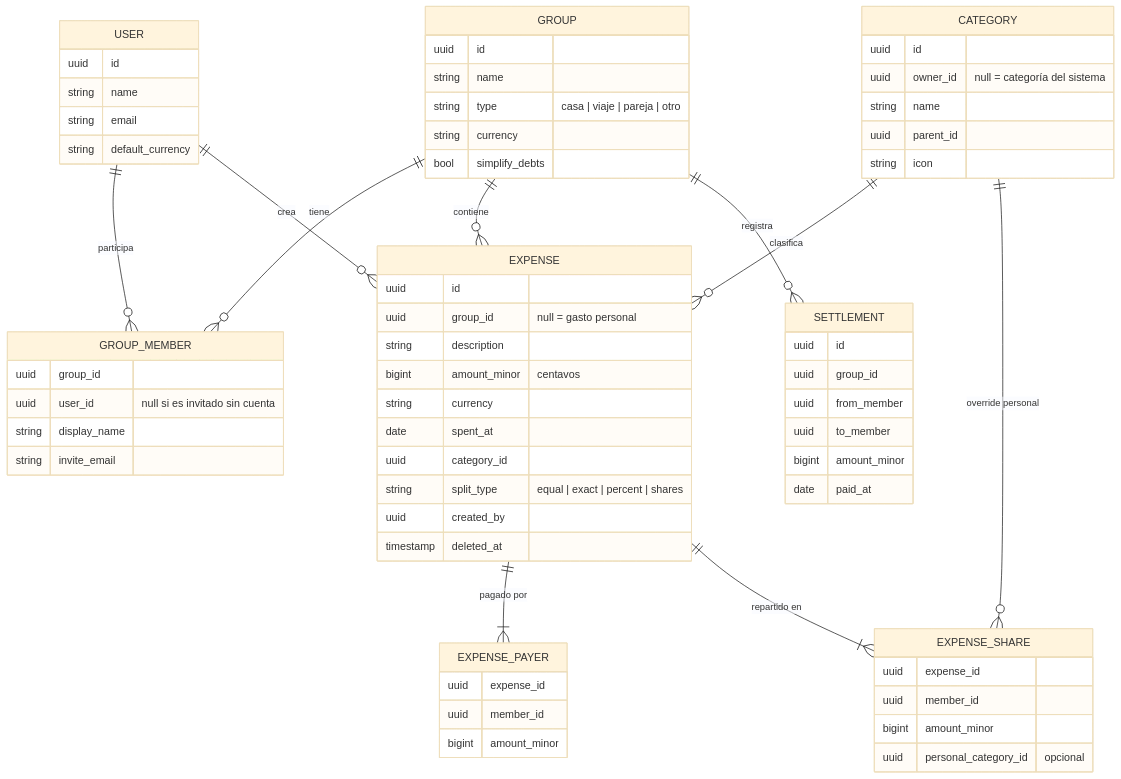
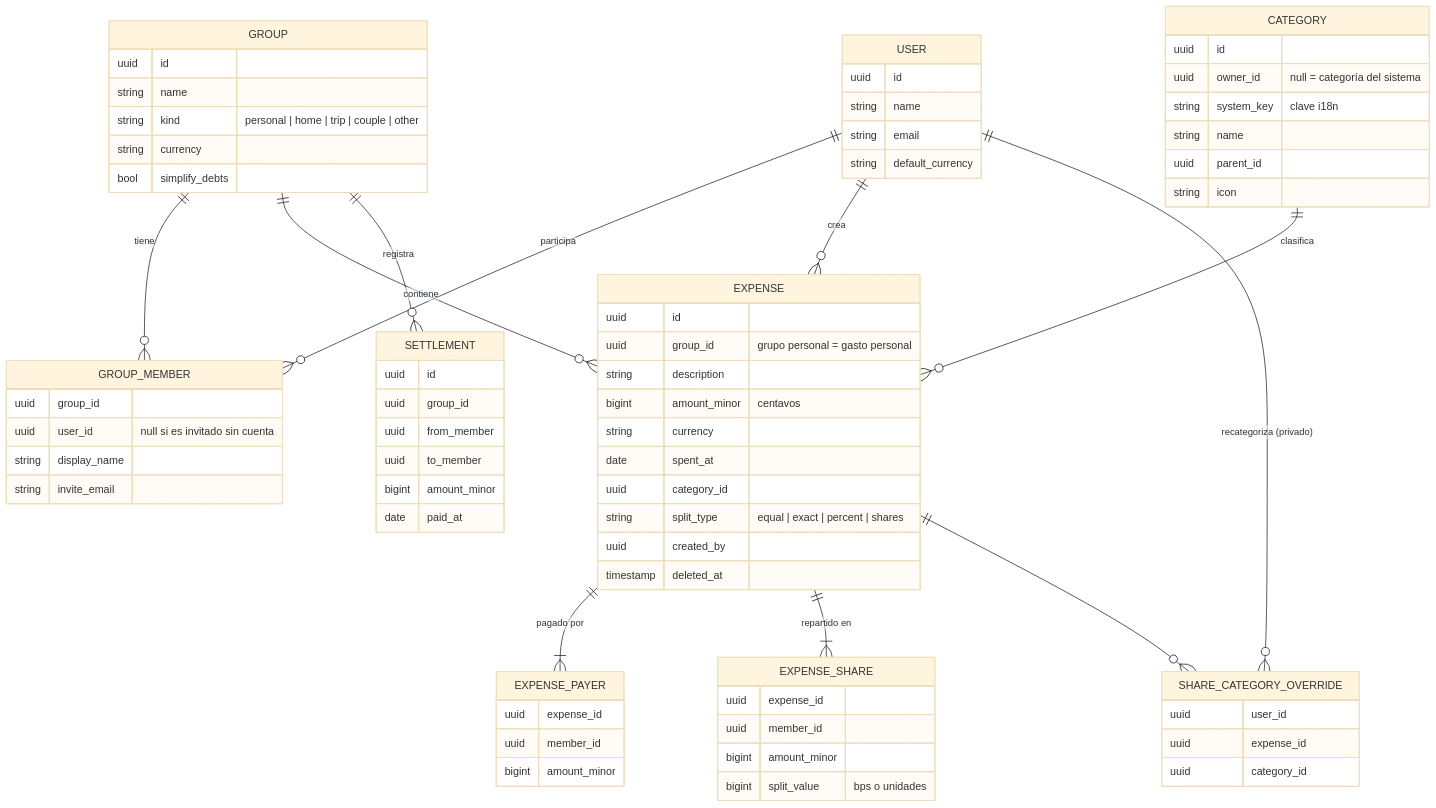
One commit to arielmik/clear-accounts changed the diagram in docs/DESIGN.md. Above: the diagram before and after it, drawn with Mermaid (base theme). The commit also changed other lines of this file and 25 other files, not shown here.

First line of the commit message:
Add core domain package, Supabase schema and design decisions

````diff
--- a/docs/DESIGN.md
+++ b/docs/DESIGN.md
@@ -41,70 +54,77 @@
 ```mermaid
 erDiagram
     USER ||--o{ GROUP_MEMBER : "participa"
     GROUP ||--o{ GROUP_MEMBER : "tiene"
     GROUP ||--o{ EXPENSE : "contiene"
     USER ||--o{ EXPENSE : "crea"
     EXPENSE ||--|{ EXPENSE_PAYER : "pagado por"
     EXPENSE ||--|{ EXPENSE_SHARE : "repartido en"
     CATEGORY ||--o{ EXPENSE : "clasifica"
-    CATEGORY ||--o{ EXPENSE_SHARE : "override personal"
+    USER ||--o{ SHARE_CATEGORY_OVERRIDE : "recategoriza (privado)"
+    EXPENSE ||--o{ SHARE_CATEGORY_OVERRIDE : ""
     GROUP ||--o{ SETTLEMENT : "registra"
 
     USER {
       uuid id
       string name
       string email
       string default_currency
     }
     GROUP {
       uuid id
       string name
-      string type "casa | viaje | pareja | otro"
+      string kind "personal | home | trip | couple | other"
       string currency
       bool simplify_debts
     }
     GROUP_MEMBER {
       uuid group_id
       uuid user_id "null si es invitado sin cuenta"
       string display_name
       string invite_email
     }
     EXPENSE {
       uuid id
-      uuid group_id "null = gasto personal"
+      uuid group_id "grupo personal = gasto personal"
       string description
       bigint amount_minor "centavos"
       string currency
       date spent_at
       uuid category_id
       string split_type "equal | exact | percent | shares"
       uuid created_by
       timestamp deleted_at
     }
     EXPENSE_PAYER {
       uuid expense_id
       uuid member_id
       bigint amount_minor
     }
     EXPENSE_SHARE {
       uuid expense_id
       uuid member_id
       bigint amount_minor
-      uuid personal_category_id "opcional"
+      bigint split_value "bps o unidades"
+    }
+    SHARE_CATEGORY_OVERRIDE {
+      uuid user_id
+      uuid expense_id
+      uuid category_id
     }
     SETTLEMENT {
       uuid id
       uuid group_id
       uuid from_member
       uuid to_member
       bigint amount_minor
       date paid_at
     }
     CATEGORY {
       uuid id
       uuid owner_id "null = categoría del sistema"
+      string system_key "clave i18n"
       string name
       uuid parent_id
       string icon
     }
 ```
````
